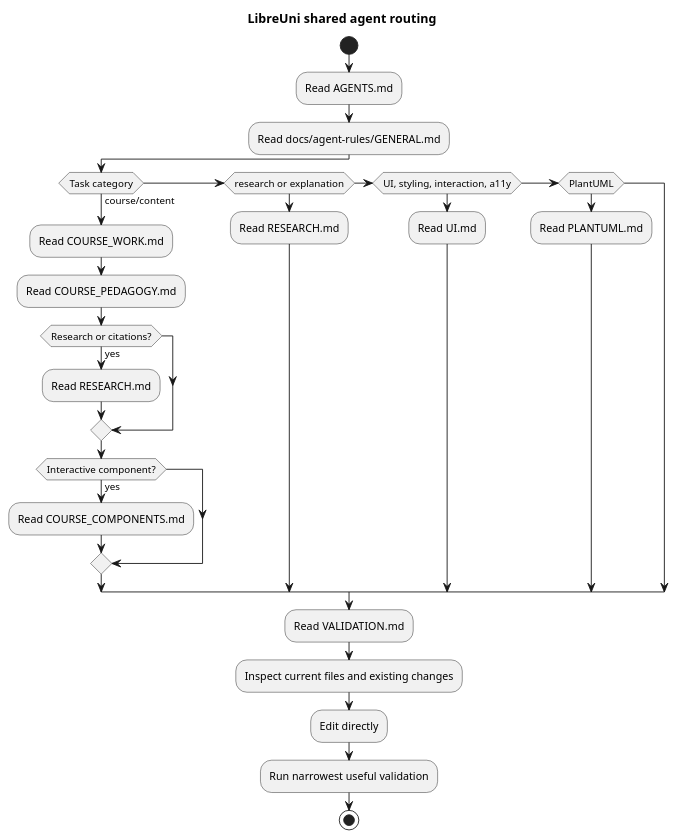
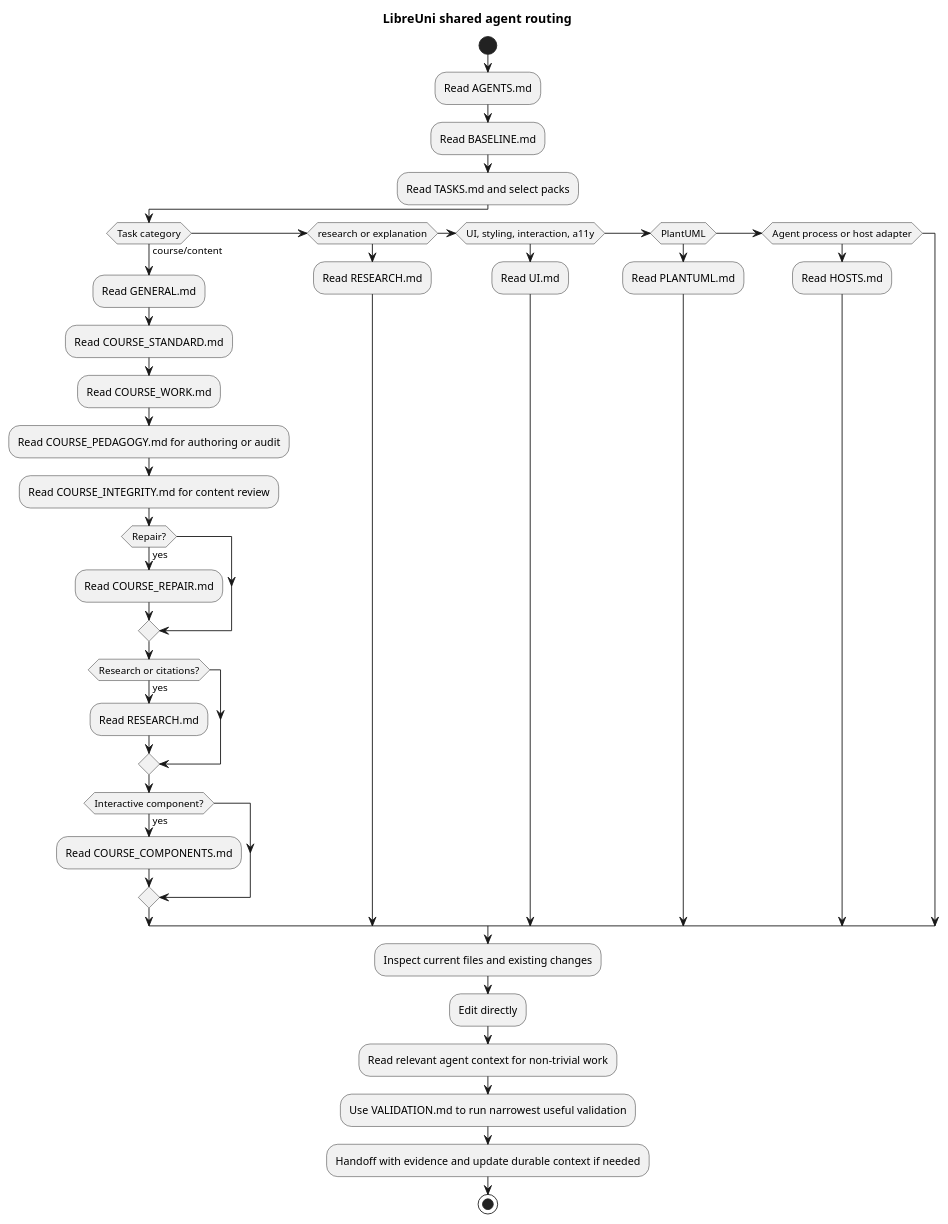
One commit to LibreUni/LibreUni changed the diagram in docs/agent-rules/ROUTING.puml. Above: the diagram before and after it, drawn with PlantUML. The commit also changed 46 other files, not shown here.

Commit message:
[Update] Agentic flow + PUML verification

```diff
--- a/docs/agent-rules/ROUTING.puml
+++ b/docs/agent-rules/ROUTING.puml
@@ -1,31 +1,41 @@
 @startuml
 title LibreUni shared agent routing
 
 start
 :Read AGENTS.md;
-:Read docs/agent-rules/GENERAL.md;
+:Read BASELINE.md;
+:Read TASKS.md and select packs;
 
 if (Task category) then (course/content)
+  :Read GENERAL.md;
+  :Read COURSE_STANDARD.md;
   :Read COURSE_WORK.md;
-  :Read COURSE_PEDAGOGY.md;
+  :Read COURSE_PEDAGOGY.md for authoring or audit;
+  :Read COURSE_INTEGRITY.md for content review;
+  if (Repair?) then (yes)
+    :Read COURSE_REPAIR.md;
+  endif
   if (Research or citations?) then (yes)
     :Read RESEARCH.md;
   endif
   if (Interactive component?) then (yes)
     :Read COURSE_COMPONENTS.md;
   endif
 elseif (research or explanation)
   :Read RESEARCH.md;
 elseif (UI, styling, interaction, a11y)
   :Read UI.md;
 elseif (PlantUML)
   :Read PLANTUML.md;
+elseif (Agent process or host adapter)
+  :Read HOSTS.md;
 endif
 
-:Read VALIDATION.md;
 :Inspect current files and existing changes;
 :Edit directly;
-:Run narrowest useful validation;
+:Read relevant agent context for non-trivial work;
+:Use VALIDATION.md to run narrowest useful validation;
+:Handoff with evidence and update durable context if needed;
 
 stop
 @enduml
```
